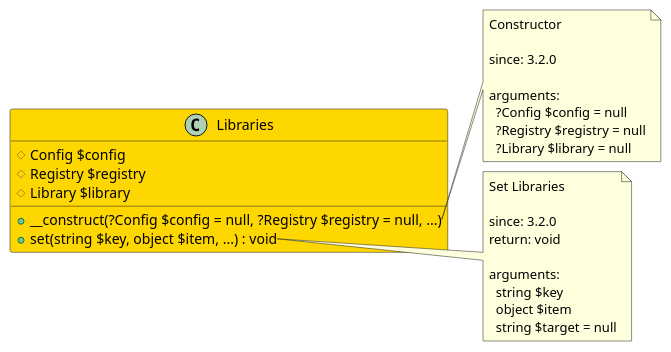
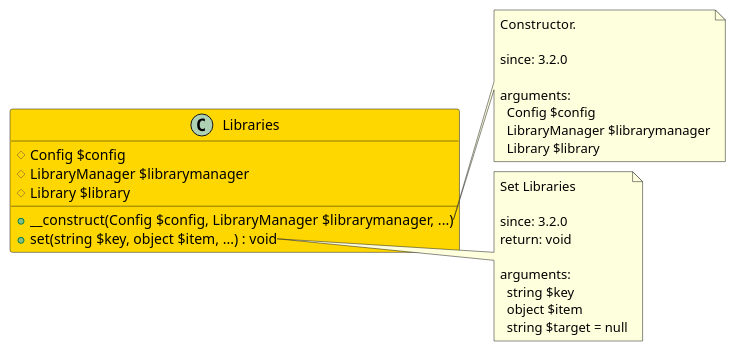
Before and after one commit to joomengine/jcb-compiler: the diagram in src/59895f37-50c8-4af3-9dad-230e18841953/README.md, drawn with PlantUML. The commit also changed 725 other files, not shown here.

````diff
--- a/src/59895f37-50c8-4af3-9dad-230e18841953/README.md
+++ b/src/59895f37-50c8-4af3-9dad-230e18841953/README.md
@@ -11,35 +11,35 @@
 ```uml
 @startuml
 class Libraries  #Gold {
   # Config $config
-  # Registry $registry
+  # LibraryManager $librarymanager
   # Library $library
-  + __construct(?Config $config = null, ?Registry $registry = null, ...)
+  + __construct(Config $config, LibraryManager $librarymanager, ...)
   + set(string $key, object $item, ...) : void
 }
 
 note right of Libraries::__construct
-  Constructor
+  Constructor.
 
   since: 3.2.0
   
   arguments:
-    ?Config $config = null
-    ?Registry $registry = null
-    ?Library $library = null
+    Config $config
+    LibraryManager $librarymanager
+    Library $library
 end note
 
 note right of Libraries::set
   Set Libraries
 
   since: 3.2.0
   return: void
   
   arguments:
     string $key
     object $item
     string $target = null
 end note
  
 @enduml
 ```
````
